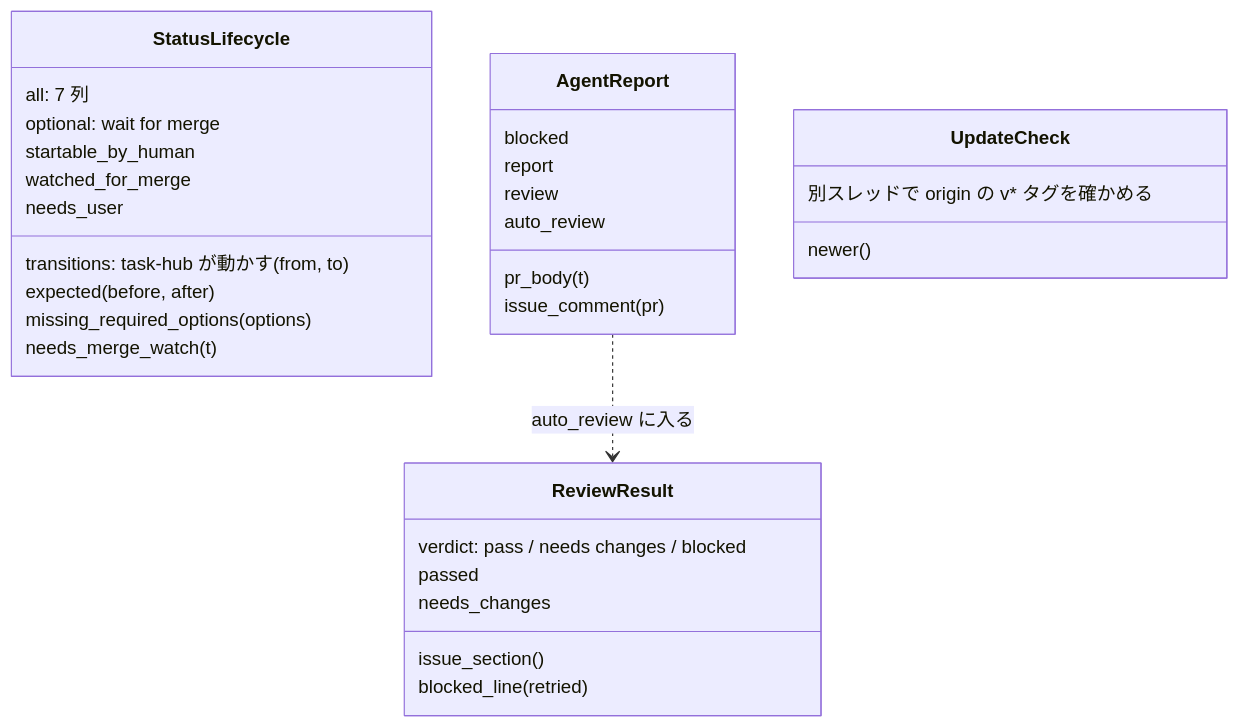
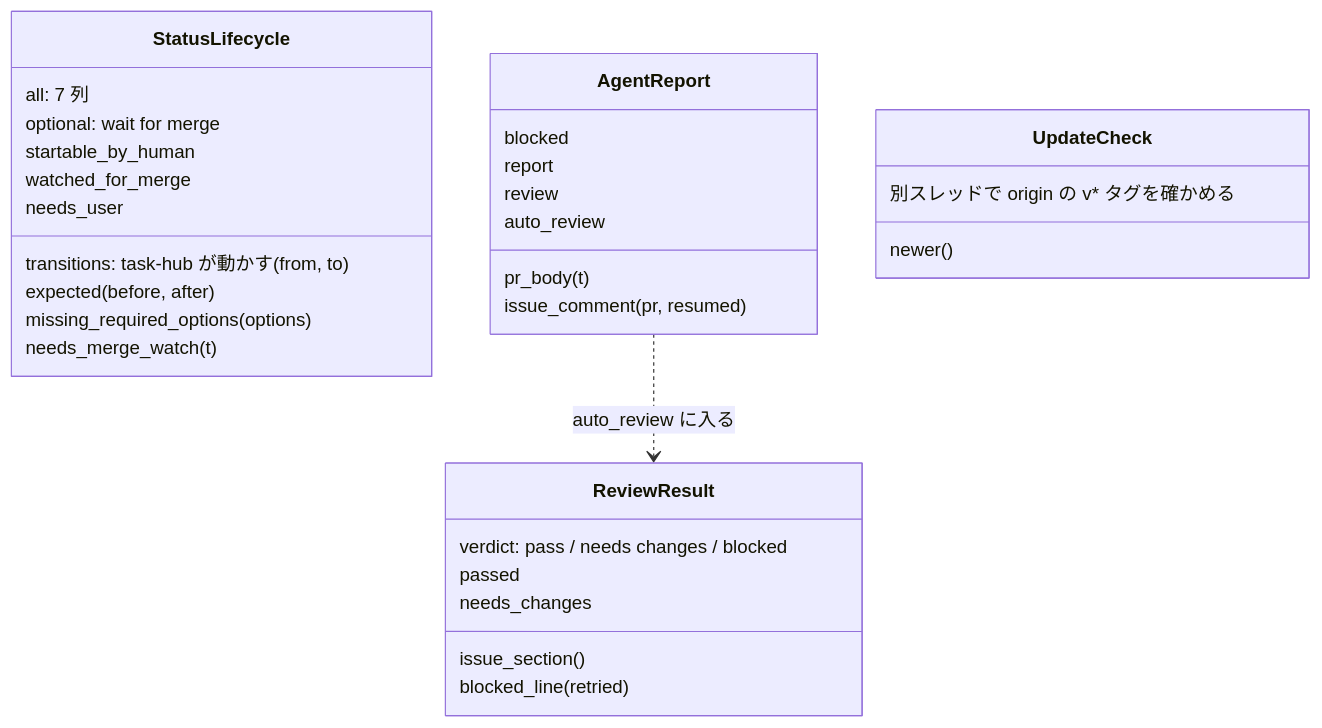
The second of 9 diagrams in docs/architecture/lld.md (jyoka/task-hub), drawn with Mermaid before and after one commit. The commit also changed other lines of this file and 10 other files, not shown here.

````diff
--- a/docs/architecture/lld.md
+++ b/docs/architecture/lld.md
@@ -58,34 +58,34 @@
 ```mermaid
 classDiagram
     class StatusLifecycle {
         all: 7 列
         optional: wait for merge
         startable_by_human
         watched_for_merge
         needs_user
         transitions: task-hub が動かす (from, to)
         expected(before, after)
         missing_required_options(options)
         needs_merge_watch(t)
     }
     class AgentReport {
         blocked
         report
         review
         auto_review
         pr_body(t)
-        issue_comment(pr)
+        issue_comment(pr, resumed)
     }
     class ReviewResult {
         verdict: pass / needs changes / blocked
         passed
         needs_changes
         issue_section()
         blocked_line(retried)
     }
     class UpdateCheck {
         別スレッドで origin の v* タグを確かめる
         newer()
     }
     AgentReport ..> ReviewResult : auto_review に入る
 ```
````
